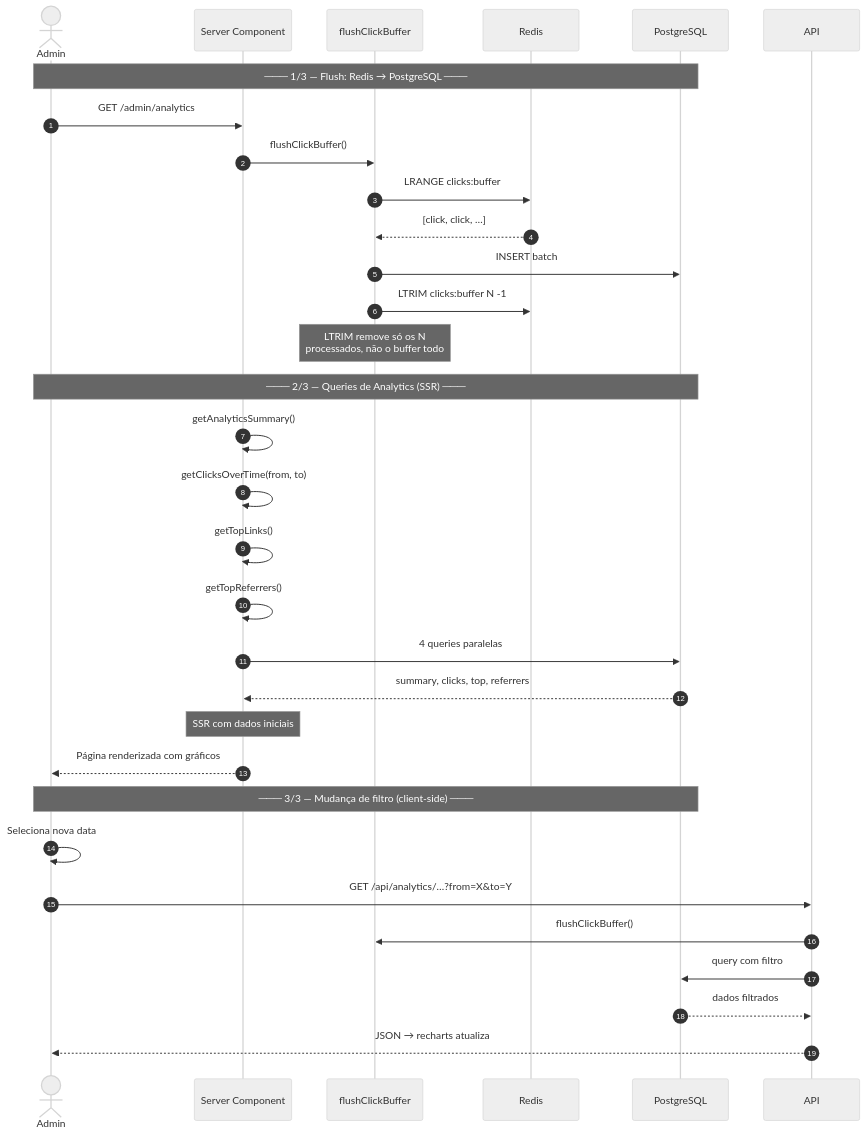
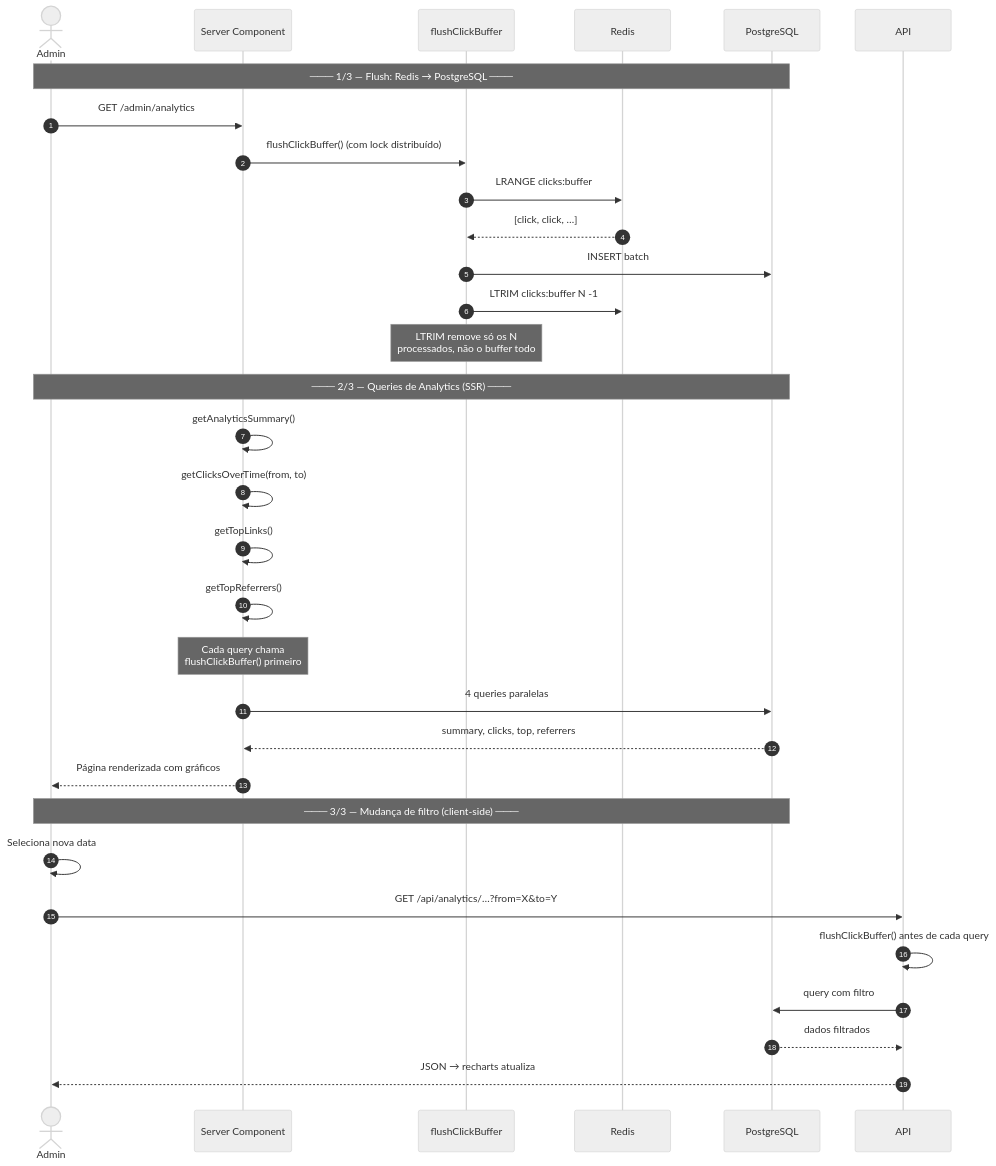
Before and after one commit to eduardoaugustolb/encurtador-url: the fourth of 5 diagrams in docs/fluxo-de-dados.md, drawn with Mermaid (neutral theme). The commit also changed other lines of this file and 13 other files, not shown here.

````diff
--- a/docs/fluxo-de-dados.md
+++ b/docs/fluxo-de-dados.md
@@ -149,37 +155,37 @@
 ```mermaid
 %%{init: {'sequence': {'actorMargin': 55, 'boxMargin': 20}}}%%
 sequenceDiagram
     autonumber
     actor A as Admin
     participant SC as Server Component
     participant F as flushClickBuffer
     participant R as Redis
     participant DB as PostgreSQL
 
     Note over A,DB: ─── 1/3 — Flush: Redis → PostgreSQL ───
     A->>SC: GET /admin/analytics
-    SC->>F: flushClickBuffer()
+    SC->>F: flushClickBuffer() (com lock distribuído)
     F->>R: LRANGE clicks:buffer
     R-->>F: [click, click, …]
     F->>DB: INSERT batch
     F->>R: LTRIM clicks:buffer N -1
     Note over F: LTRIM remove só os N<br/>processados, não o buffer todo
 
     Note over A,DB: ─── 2/3 — Queries de Analytics (SSR) ───
     SC->>SC: getAnalyticsSummary()
     SC->>SC: getClicksOverTime(from, to)
     SC->>SC: getTopLinks()
     SC->>SC: getTopReferrers()
+    Note over SC: Cada query chama<br/>flushClickBuffer() primeiro
     SC->>DB: 4 queries paralelas
     DB-->>SC: summary, clicks, top, referrers
-    Note over SC: SSR com dados iniciais
     SC-->>A: Página renderizada com gráficos
 
     Note over A,DB: ─── 3/3 — Mudança de filtro (client-side) ───
     A->>A: Seleciona nova data
     A->>API: GET /api/analytics/…?from=X&to=Y
-    API->>F: flushClickBuffer()
+    API->>API: flushClickBuffer() antes de cada query
     API->>DB: query com filtro
     DB-->>API: dados filtrados
     API-->>A: JSON → recharts atualiza
 ```
````
